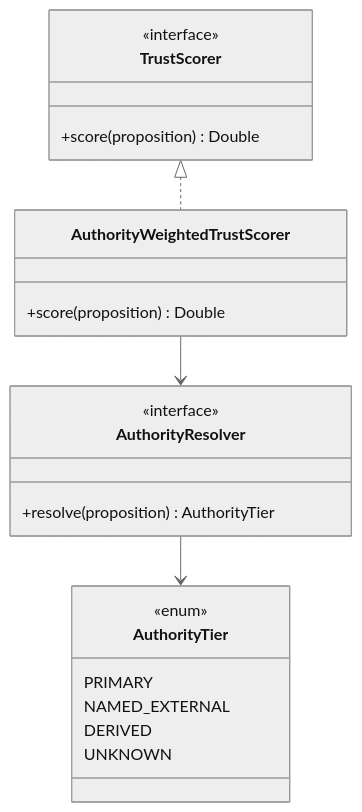
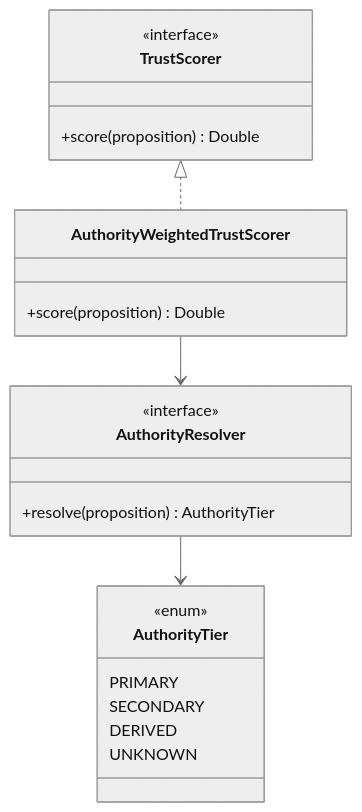
The second of 5 diagrams in docs/design/proposition-lifecycle.md (embabel/dice), drawn with Mermaid (neutral theme) before and after one commit. The commit also changed other lines of this file and 19 other files, not shown here.

````diff
--- a/docs/design/proposition-lifecycle.md
+++ b/docs/design/proposition-lifecycle.md
@@ -44,24 +46,24 @@
 ```mermaid
 classDiagram
     class TrustScorer {
         <<interface>>
         +score(proposition) Double
     }
     class AuthorityResolver {
         <<interface>>
         +resolve(proposition) AuthorityTier
     }
     class AuthorityTier {
         <<enum>>
         PRIMARY
-        NAMED_EXTERNAL
+        SECONDARY
         DERIVED
         UNKNOWN
     }
     class AuthorityWeightedTrustScorer {
         +score(proposition) Double
     }
     TrustScorer <|.. AuthorityWeightedTrustScorer
     AuthorityWeightedTrustScorer --> AuthorityResolver
     AuthorityResolver --> AuthorityTier
 ```
````
